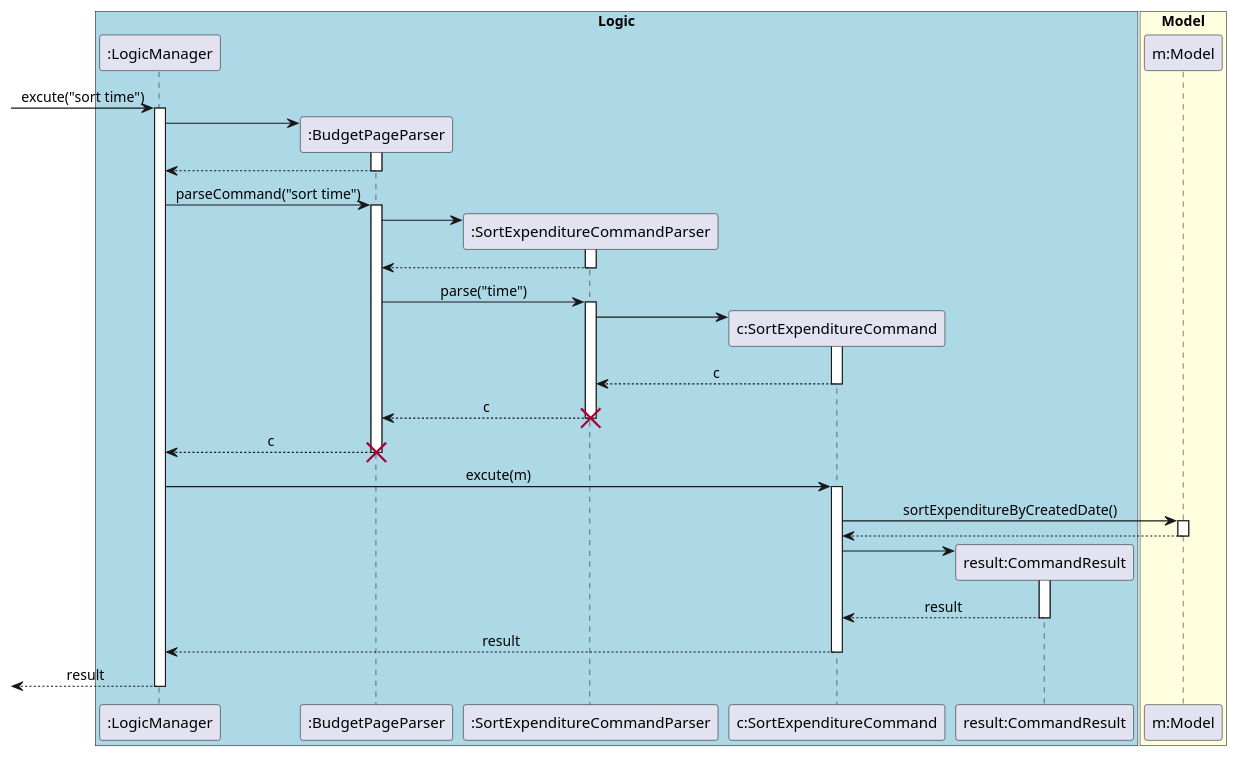
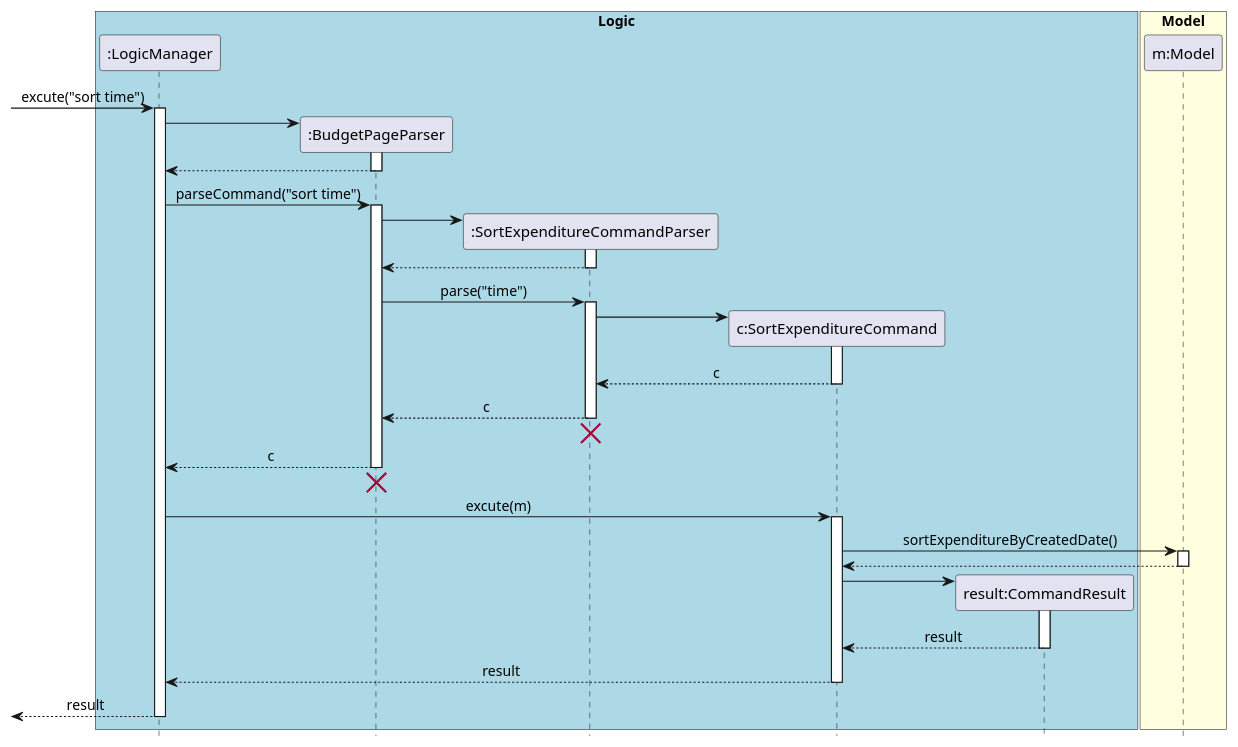
Before and after one commit to yu-ming-chen/tp: the diagram in docs/diagrams/commandsPlantUML/SortExpenditureCommand.puml, drawn with PlantUML. The commit also changed 6 other files, not shown here.

Commit message:
Fix ug diagram and add PPP

```diff
--- a/docs/diagrams/commandsPlantUML/SortExpenditureCommand.puml
+++ b/docs/diagrams/commandsPlantUML/SortExpenditureCommand.puml
@@ -1,68 +1,72 @@
 @startuml
 skinparam Sequence {
     MessageAlign center
 }
+hide footbox
 box "Logic" #LightBlue
 participant ":LogicManager" as LM
 participant ":BudgetPageParser" as BPP
 participant ":SortExpenditureCommandParser" as SECP
 participant "c:SortExpenditureCommand" as SEC
 participant "result:CommandResult" as CR
 
 end box
 
 box "Model" #LightYellow
 participant "m:Model" as M
 end box
 
 [-> LM : excute("sort time")
 activate LM
 create BPP
 LM -> BPP
 activate BPP
 LM <-- BPP
 deactivate BPP
 LM -> BPP : parseCommand("sort time")
 activate BPP
 
 create SECP
 BPP -> SECP
 activate SECP
 BPP <-- SECP
 deactivate SECP
 BPP -> SECP : parse("time")
 activate SECP
 
 create SEC
 SECP -> SEC
 activate SEC
 SECP <-- SEC : c
 deactivate SEC
 BPP <-- SECP : c
+deactivate SECP
+BPP <-[hidden]- SECP
 destroy SECP
 
 deactivate SECP
 LM <-- BPP : c
 deactivate BPP
+LM <-[hidden]- BPP
 destroy BPP
 
 
 LM -> SEC: excute(m)
 activate SEC
 SEC -> M : sortExpenditureByCreatedDate()
 activate M
 SEC <-- M
 deactivate M
 
 create CR
 SEC -> CR
 activate CR
 SEC <-- CR : result
 deactivate CR
 
 LM <-- SEC: result
 deactivate SEC
 [<-- LM: result
 deactivate LM
 
 @enduml
```
